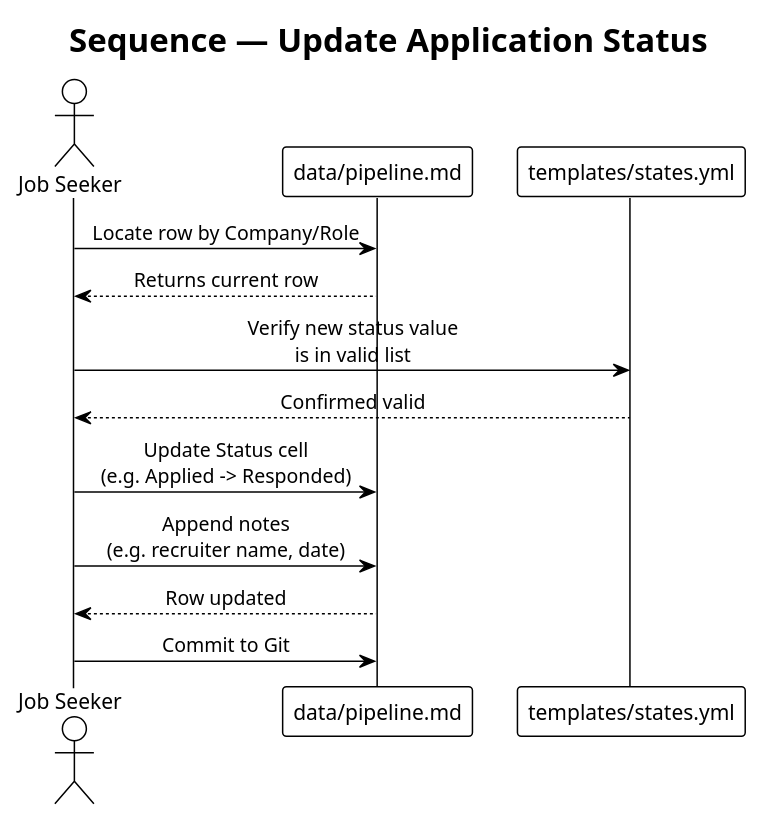
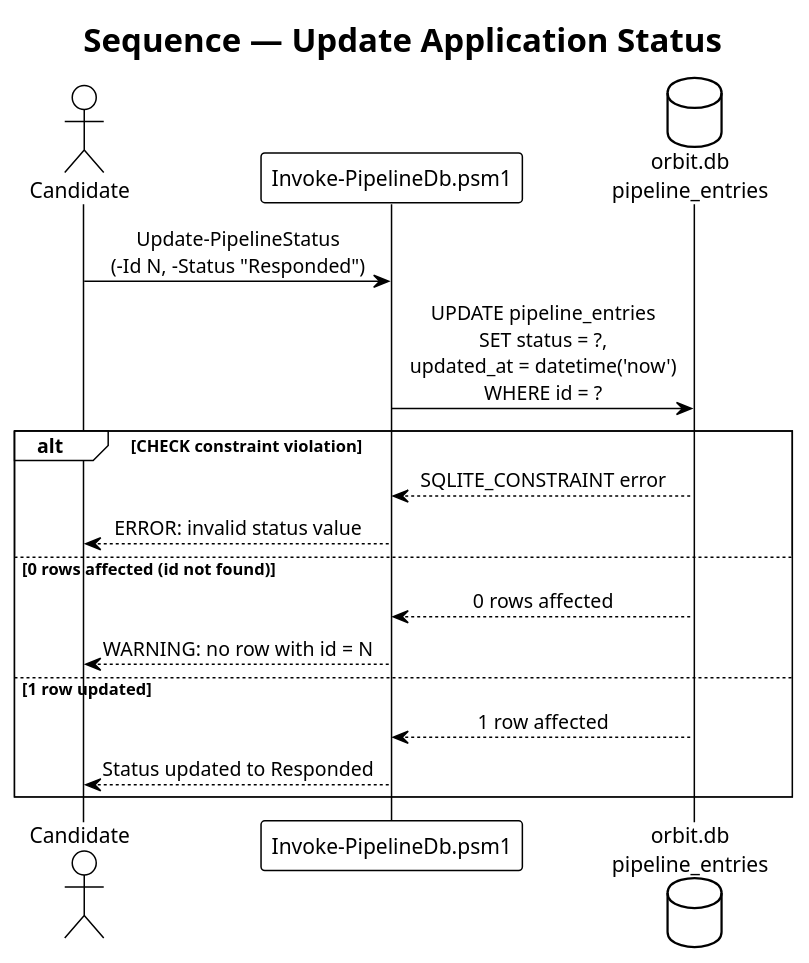
Before and after one commit to QuinntyneBrown/Orbit: the diagram in docs/detailed-designs/03-application-pipeline-tracking/diagrams/sequence_update_status.puml, drawn with PlantUML. The commit also changed 5 other files, not shown here.

Commit message:
Add pipeline scripts, build-resume script, and update pipeline tracking diagrams

```diff
--- a/docs/detailed-designs/03-application-pipeline-tracking/diagrams/sequence_update_status.puml
+++ b/docs/detailed-designs/03-application-pipeline-tracking/diagrams/sequence_update_status.puml
@@ -1,23 +1,24 @@
 @startuml sequence_update_status
 !theme plain
 skinparam sequenceMessageAlign center
 
 title Sequence — Update Application Status
 
-actor "Job Seeker" as User
-participant "data/pipeline.md" as Pipeline
-participant "templates/states.yml" as States
+actor Candidate
+participant "Invoke-PipelineDb.psm1" as Module
+database "orbit.db\npipeline_entries" as DB
 
-User -> Pipeline : Locate row by Company/Role
-Pipeline --> User : Returns current row
-
-User -> States : Verify new status value\nis in valid list
-States --> User : Confirmed valid
-
-User -> Pipeline : Update Status cell\n(e.g. Applied -> Responded)
-User -> Pipeline : Append notes\n(e.g. recruiter name, date)
-Pipeline --> User : Row updated
-
-User -> Pipeline : Commit to Git
+Candidate -> Module : Update-PipelineStatus\n(-Id N, -Status "Responded")
+Module -> DB : UPDATE pipeline_entries\nSET status = ?,\nupdated_at = datetime('now')\nWHERE id = ?
+alt CHECK constraint violation
+    DB --> Module : SQLITE_CONSTRAINT error
+    Module --> Candidate : ERROR: invalid status value
+else 0 rows affected (id not found)
+    DB --> Module : 0 rows affected
+    Module --> Candidate : WARNING: no row with id = N
+else 1 row updated
+    DB --> Module : 1 row affected
+    Module --> Candidate : Status updated to Responded
+end
 
 @enduml
```
